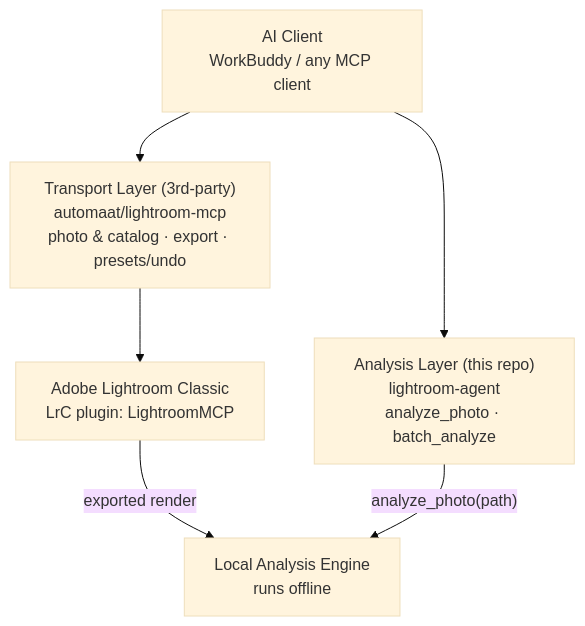
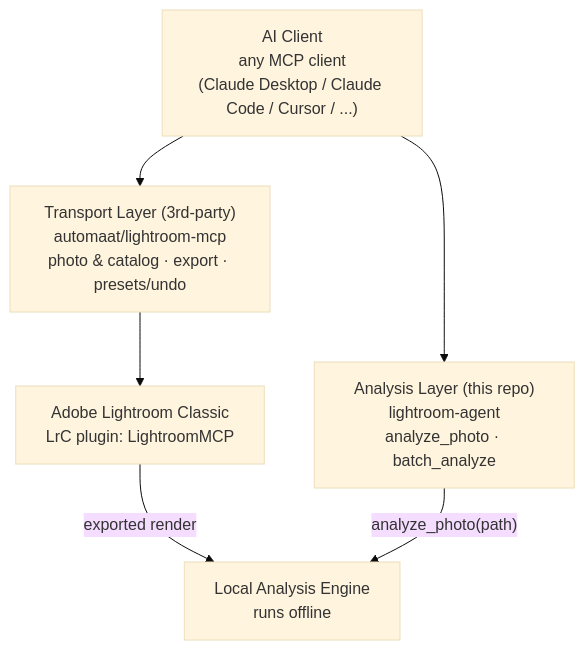
The diagram in docs/ARCHITECTURE-PROMPT.md (Jungod1121/lightroom-agent), drawn with Mermaid (base theme) before and after one commit. The commit also changed other lines of this file and 3 other files, not shown here.

Commit message:
docs: client-neutral wording — any MCP client, WorkBuddy only as example

````diff
--- a/docs/ARCHITECTURE-PROMPT.md
+++ b/docs/ARCHITECTURE-PROMPT.md
@@ -77,9 +77,9 @@
 ```mermaid
 flowchart TB
-    C["AI Client<br/>WorkBuddy / any MCP client"]
+    C["AI Client<br/>any MCP client<br/>(Claude Desktop / Claude Code / Cursor / ...)"]
     C --> T["Transport Layer (3rd-party)<br/>automaat/lightroom-mcp<br/>photo & catalog · export · presets/undo"]
     C --> A["Analysis Layer (this repo)<br/>lightroom-agent<br/>analyze_photo · batch_analyze"]
     T --> L["Adobe Lightroom Classic<br/>LrC plugin: LightroomMCP"]
     L -- exported render --> E["Local Analysis Engine<br/>runs offline"]
     A -- analyze_photo(path) --> E
 ```
````
